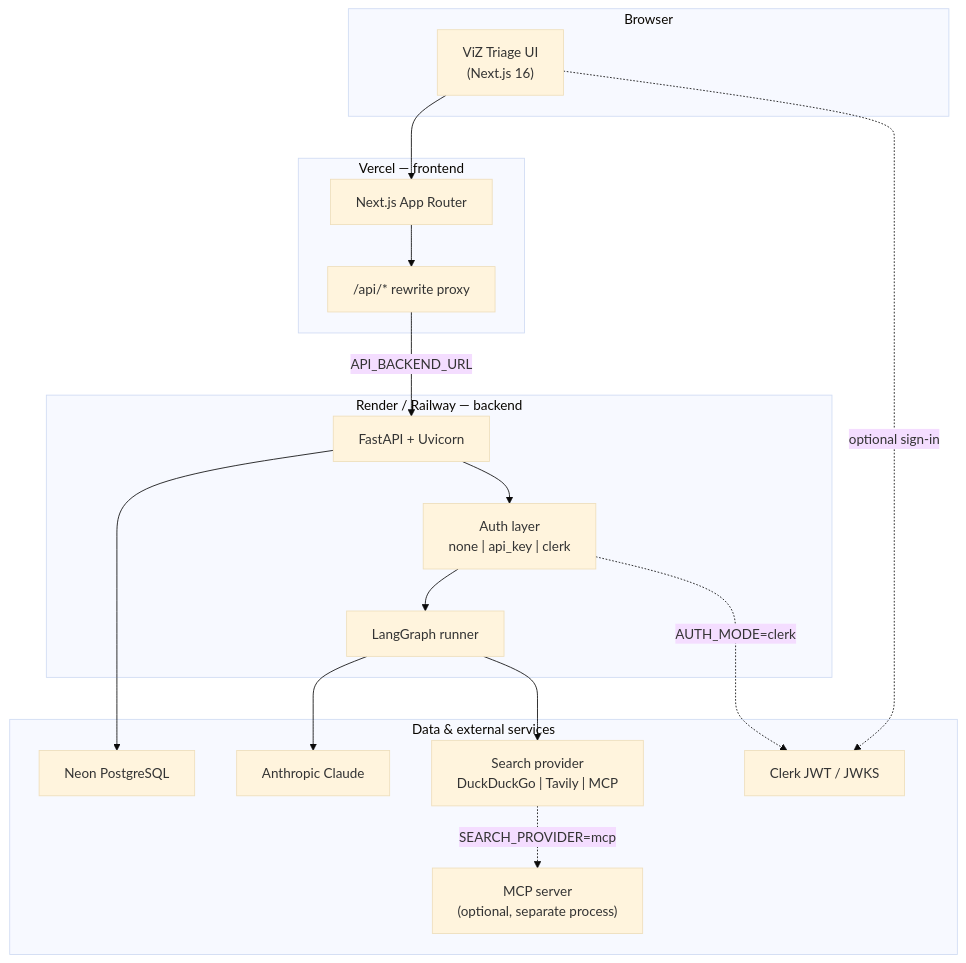
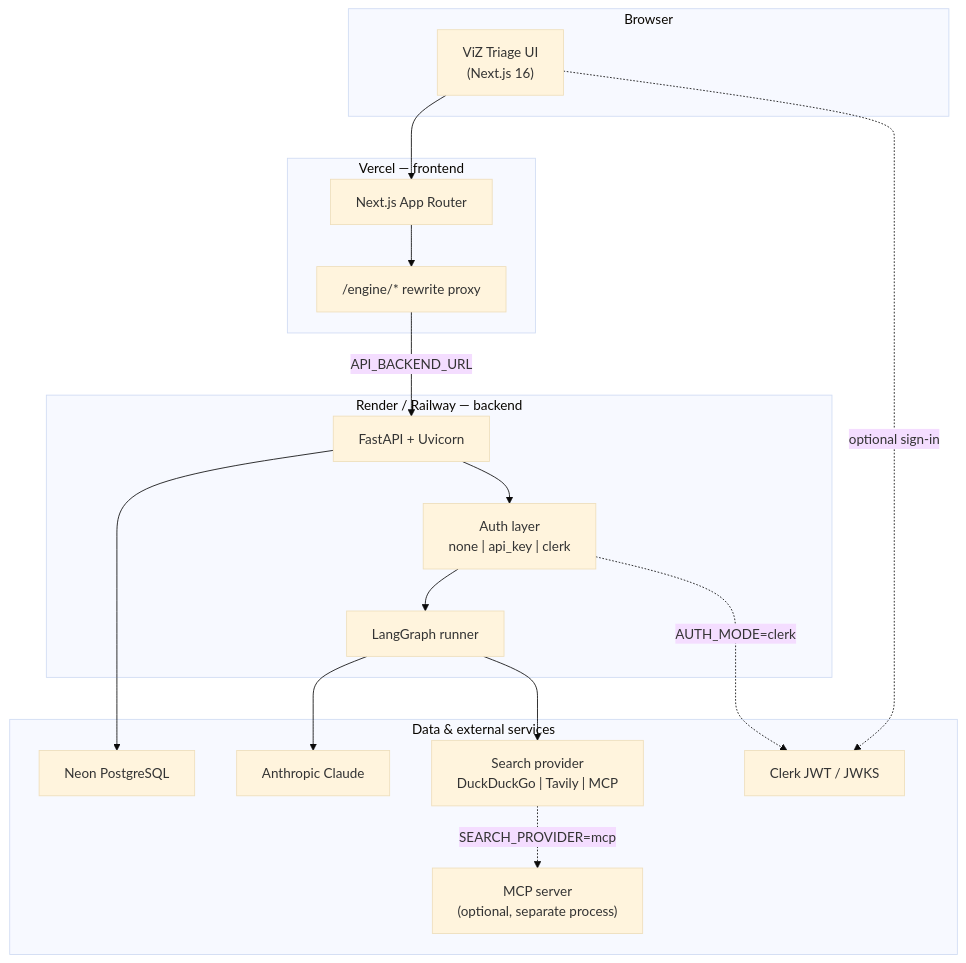
One commit to vijayshreepathak/triage-agent changed the first of 5 diagrams in README.md. Above: the diagram before and after it, drawn with Mermaid (base theme). The commit also changed other lines of this file and 6 other files, not shown here.

Commit message:
Fix Vercel-Render connection: use /engine proxy path instead of /api

````diff
--- a/README.md
+++ b/README.md
@@ -55,37 +55,37 @@
 ```mermaid
 flowchart TB
     subgraph Client["Browser"]
         UI["ViZ Triage UI<br/>(Next.js 16)"]
     end
 
     subgraph Vercel["Vercel — frontend"]
         Next["Next.js App Router"]
-        Proxy["/api/* rewrite proxy"]
+        Proxy["/engine/* rewrite proxy"]
     end
 
     subgraph Backend["Render / Railway — backend"]
         API["FastAPI + Uvicorn"]
         Graph["LangGraph runner"]
         Auth["Auth layer<br/>none | api_key | clerk"]
     end
 
     subgraph Data["Data & external services"]
         Neon["Neon PostgreSQL"]
         Claude["Anthropic Claude"]
         Search["Search provider<br/>DuckDuckGo | Tavily | MCP"]
         MCP["MCP server<br/>(optional, separate process)"]
         Clerk["Clerk JWT / JWKS"]
     end
 
     UI --> Next
     Next --> Proxy
     Proxy -->|"API_BACKEND_URL"| API
     API --> Auth
     Auth --> Graph
     Graph --> Claude
     Graph --> Search
     Search -.->|"SEARCH_PROVIDER=mcp"| MCP
     API --> Neon
     Auth -.->|"AUTH_MODE=clerk"| Clerk
     UI -.->|"optional sign-in"| Clerk
 ```
````
